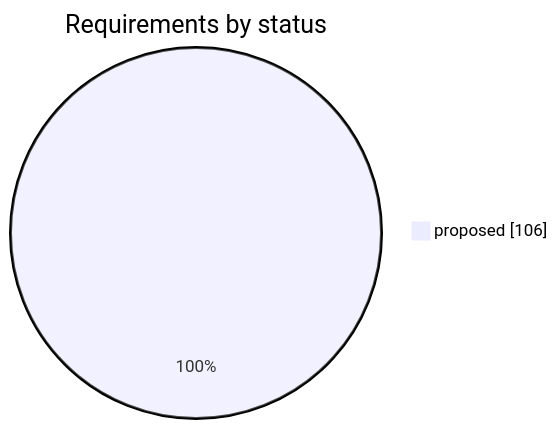
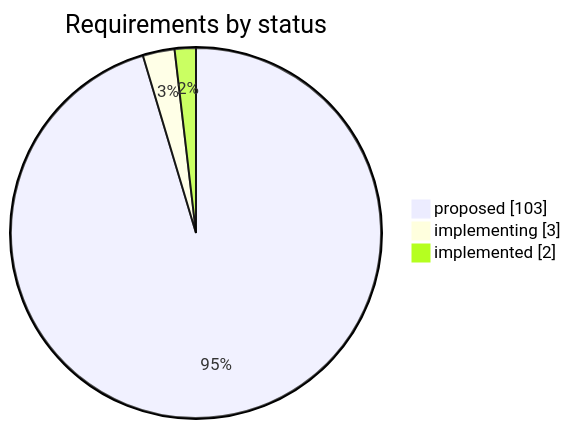
One commit to iammaxsu/automatic-testing-architecture changed the first of 2 diagrams in STATUS.md. Above: the diagram before and after it, drawn with Mermaid. The commit also changed other lines of this file and 6 other files, not shown here.

````diff
--- a/STATUS.md
+++ b/STATUS.md
@@ -23,4 +25,6 @@
 ```mermaid
 pie showData title Requirements by status
-    "proposed" : 106
+    "proposed" : 103
+    "implementing" : 3
+    "implemented" : 2
 ```
````
